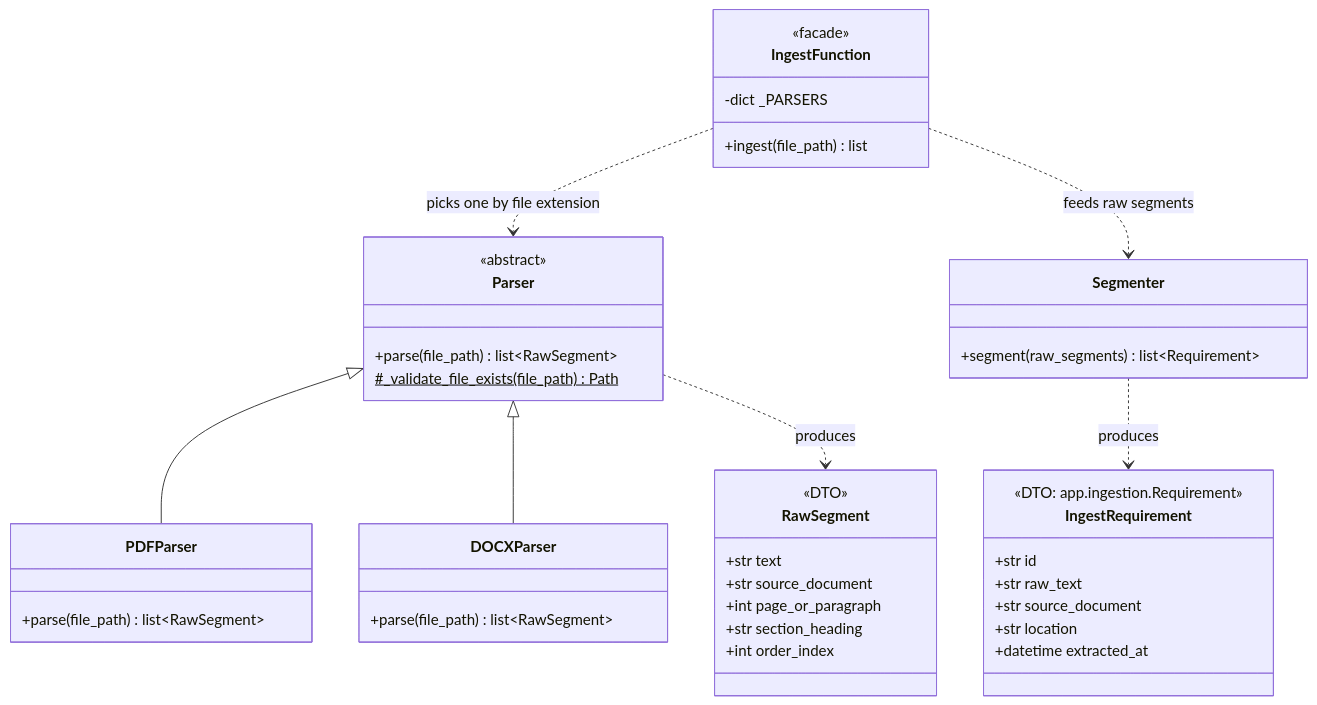
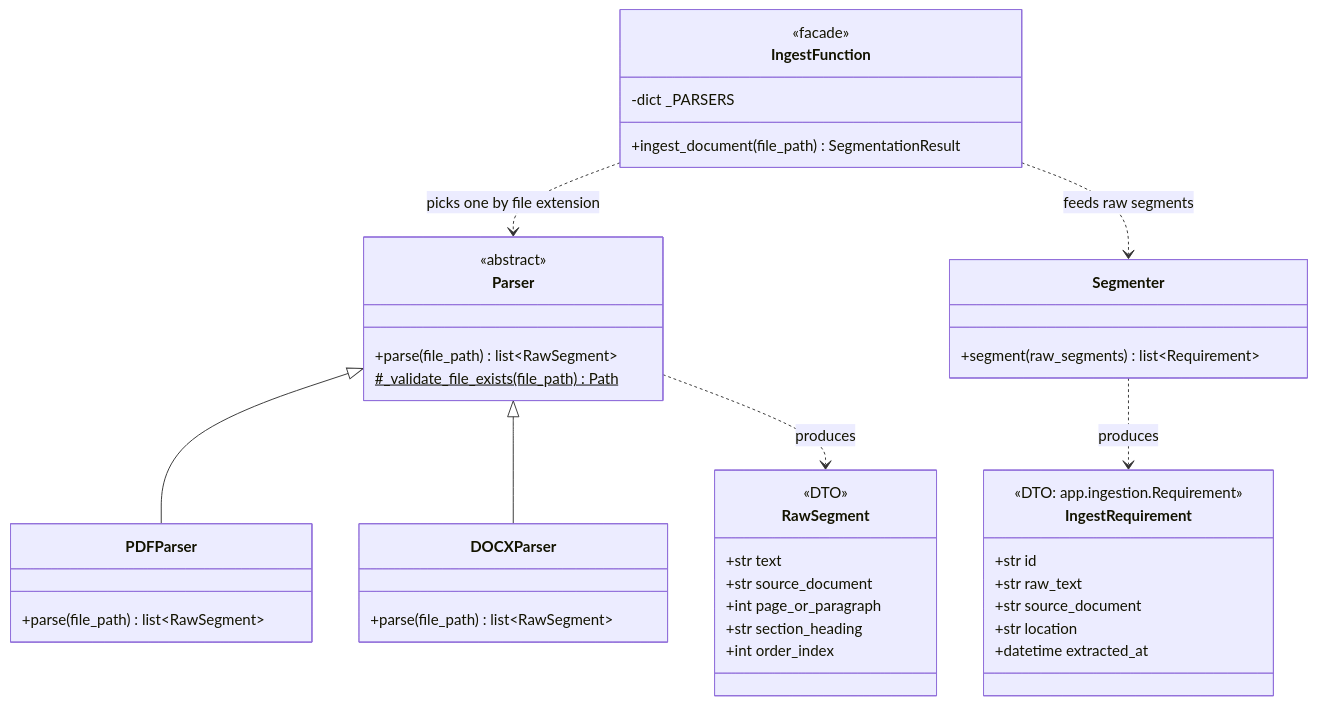
The sixth of 13 diagrams in docs/engineering/object-design.md (ParthAgrawal-07/AI-Requirements-Conflict-Dectector), drawn with Mermaid before and after one commit. The commit also changed other lines of this file and 13 other files, not shown here.

````diff
--- a/docs/engineering/object-design.md
+++ b/docs/engineering/object-design.md
@@ -438,45 +449,45 @@
 ```mermaid
 classDiagram
   class Parser {
     <<abstract>>
     +parse(file_path) list~RawSegment~
     #_validate_file_exists(file_path) Path$
   }
   class PDFParser {
     +parse(file_path) list~RawSegment~
   }
   class DOCXParser {
     +parse(file_path) list~RawSegment~
   }
   class Segmenter {
     +segment(raw_segments) list~Requirement~
   }
   class RawSegment {
     <<DTO>>
     +str text
     +str source_document
     +int page_or_paragraph
     +str section_heading
     +int order_index
   }
   class IngestRequirement {
     <<DTO: app.ingestion.Requirement>>
     +str id
     +str raw_text
     +str source_document
     +str location
     +datetime extracted_at
   }
   class IngestFunction {
     <<facade>>
     -dict _PARSERS
-    +ingest(file_path) list
+    +ingest_document(file_path) SegmentationResult
   }
 
   Parser <|-- PDFParser
   Parser <|-- DOCXParser
   IngestFunction ..> Parser : picks one by file extension
   IngestFunction ..> Segmenter : feeds raw segments
   Parser ..> RawSegment : produces
   Segmenter ..> IngestRequirement : produces
 ```
````
